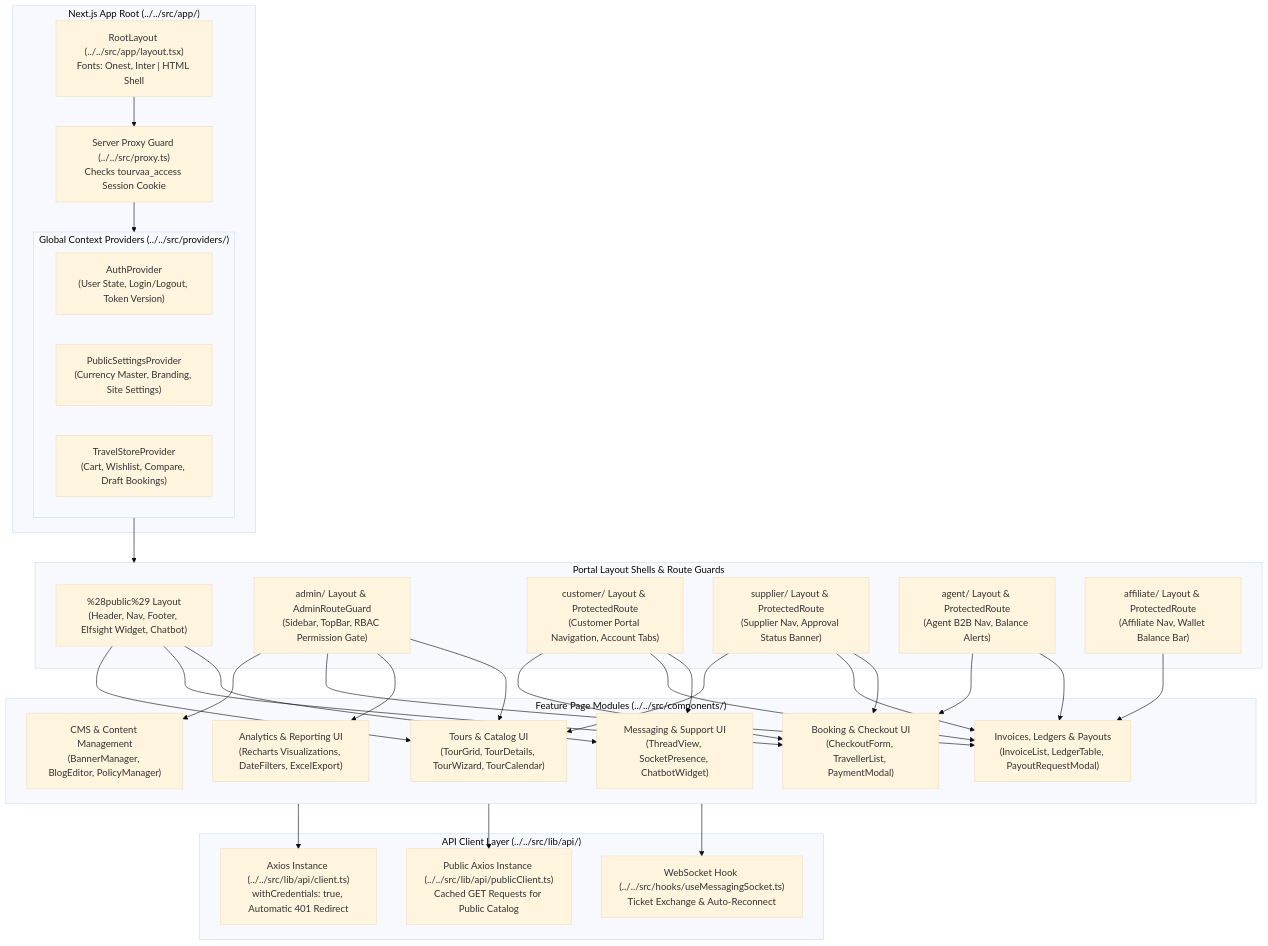
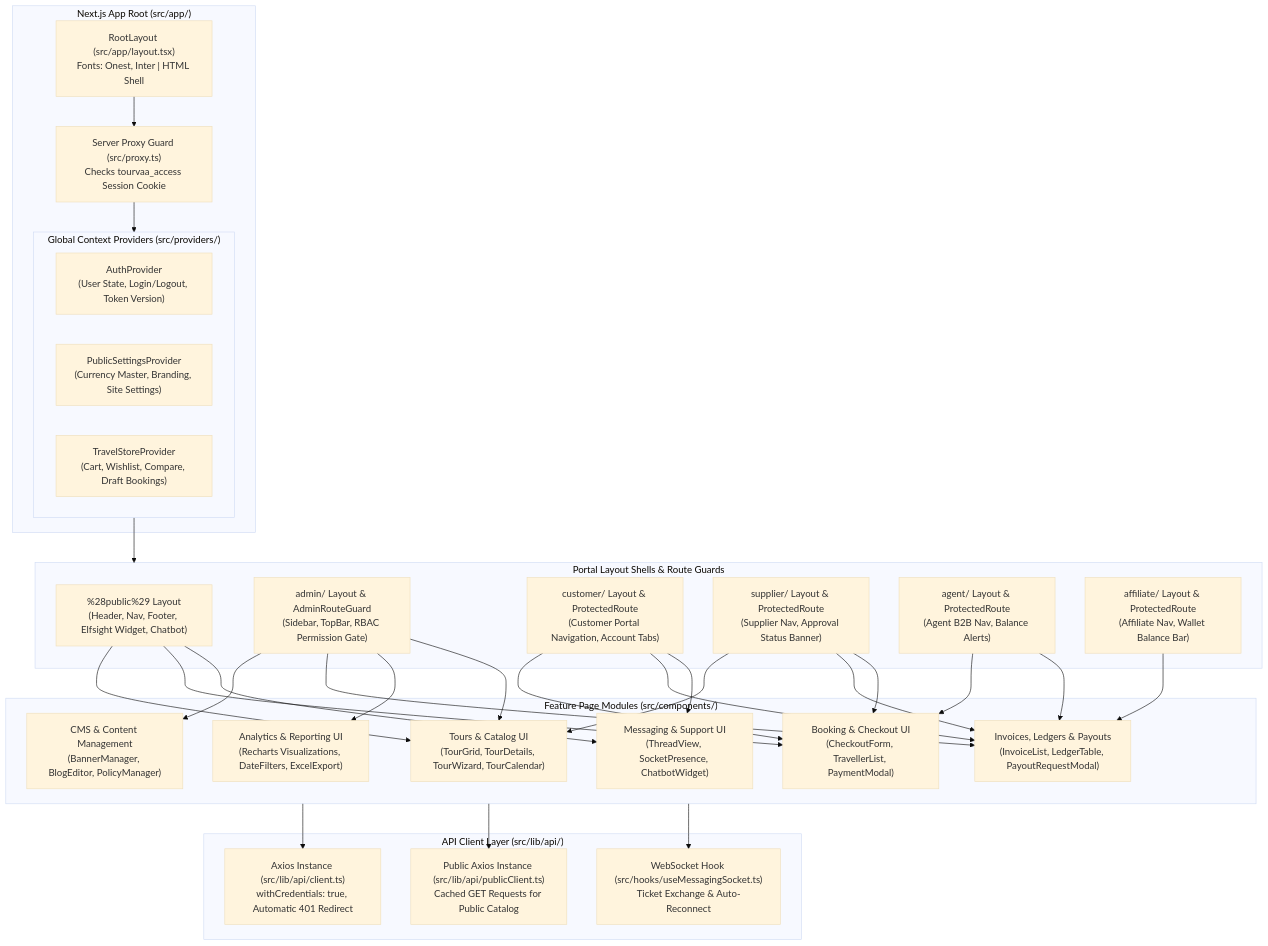
One commit to ayatiworkstechnologies/tourvaa_new_doc changed the third of 40 diagrams in final-deliverables/markdown/architecture-reference.md. Above: the diagram before and after it, drawn with Mermaid (base theme). The commit also changed other lines of this file and 18 other files, not shown here.

Commit message:
fix(diagrams): resolve mermaid syntax errors, add all 20 business flowcharts, and rebuild visual PDFs

````diff
--- a/final-deliverables/markdown/architecture-reference.md
+++ b/final-deliverables/markdown/architecture-reference.md
@@ -320,69 +360,69 @@
 ```mermaid
 graph TD
-    subgraph APP_ROOT["Next.js App Root (../../src/app/)"]
-        ROOT_LAYOUT["RootLayout (../../src/app/layout.tsx)<br/>Fonts: Onest, Inter | HTML Shell"]
-        PROXY["Server Proxy Guard (../../src/proxy.ts)<br/>Checks tourvaa_access Session Cookie"]
+    subgraph APP_ROOT["Next.js App Root (src/app/)"]
+        ROOT_LAYOUT["RootLayout (src/app/layout.tsx)<br/>Fonts: Onest, Inter | HTML Shell"]
+        PROXY["Server Proxy Guard (src/proxy.ts)<br/>Checks tourvaa_access Session Cookie"]
         
-        subgraph PROVIDERS["Global Context Providers (../../src/providers/)"]
+        subgraph PROVIDERS["Global Context Providers (src/providers/)"]
             AUTH_PROV["AuthProvider<br/>(User State, Login/Logout, Token Version)"]
             SETTINGS_PROV["PublicSettingsProvider<br/>(Currency Master, Branding, Site Settings)"]
             STORE_PROV["TravelStoreProvider<br/>(Cart, Wishlist, Compare, Draft Bookings)"]
         end
     end
 
     subgraph PORTAL_SHELLS["Portal Layout Shells & Route Guards"]
         PUBLIC_SHELL["%28public%29 Layout<br/>(Header, Nav, Footer, Elfsight Widget, Chatbot)"]
         ADMIN_SHELL["admin/ Layout & AdminRouteGuard<br/>(Sidebar, TopBar, RBAC Permission Gate)"]
         CUSTOMER_SHELL["customer/ Layout & ProtectedRoute<br/>(Customer Portal Navigation, Account Tabs)"]
         SUPPLIER_SHELL["supplier/ Layout & ProtectedRoute<br/>(Supplier Nav, Approval Status Banner)"]
         AGENT_SHELL["agent/ Layout & ProtectedRoute<br/>(Agent B2B Nav, Balance Alerts)"]
         AFFILIATE_SHELL["affiliate/ Layout & ProtectedRoute<br/>(Affiliate Nav, Wallet Balance Bar)"]
     end
 
-    subgraph PAGE_COMPONENTS["Feature Page Modules (../../src/components/)"]
+    subgraph PAGE_COMPONENTS["Feature Page Modules (src/components/)"]
         TOURS_UI["Tours & Catalog UI<br/>(TourGrid, TourDetails, TourWizard, TourCalendar)"]
         BOOKING_UI["Booking & Checkout UI<br/>(CheckoutForm, TravellerList, PaymentModal)"]
         CMS_UI["CMS & Content Management<br/>(BannerManager, BlogEditor, PolicyManager)"]
         FINANCE_UI["Invoices, Ledgers & Payouts<br/>(InvoiceList, LedgerTable, PayoutRequestModal)"]
         MESSAGING_UI["Messaging & Support UI<br/>(ThreadView, SocketPresence, ChatbotWidget)"]
         REPORTS_UI["Analytics & Reporting UI<br/>(Recharts Visualizations, DateFilters, ExcelExport)"]
     end
 
-    subgraph API_CLIENT["API Client Layer (../../src/lib/api/)"]
-        CLIENT_AXIOS["Axios Instance (../../src/lib/api/client.ts)<br/>withCredentials: true, Automatic 401 Redirect"]
-        PUBLIC_AXIOS["Public Axios Instance (../../src/lib/api/publicClient.ts)<br/>Cached GET Requests for Public Catalog"]
-        WS_CLIENT["WebSocket Hook (../../src/hooks/useMessagingSocket.ts)<br/>Ticket Exchange & Auto-Reconnect"]
+    subgraph API_CLIENT["API Client Layer (src/lib/api/)"]
+        CLIENT_AXIOS["Axios Instance (src/lib/api/client.ts)<br/>withCredentials: true, Automatic 401 Redirect"]
+        PUBLIC_AXIOS["Public Axios Instance (src/lib/api/publicClient.ts)<br/>Cached GET Requests for Public Catalog"]
+        WS_CLIENT["WebSocket Hook (src/hooks/useMessagingSocket.ts)<br/>Ticket Exchange & Auto-Reconnect"]
     end
 
     %% Hierarchy flows
     ROOT_LAYOUT --> PROXY
     PROXY --> PROVIDERS
     PROVIDERS --> PORTAL_SHELLS
     
     PUBLIC_SHELL --> TOURS_UI
     PUBLIC_SHELL --> BOOKING_UI
     PUBLIC_SHELL --> MESSAGING_UI
     
     ADMIN_SHELL --> CMS_UI
     ADMIN_SHELL --> FINANCE_UI
     ADMIN_SHELL --> REPORTS_UI
     ADMIN_SHELL --> TOURS_UI
     
     CUSTOMER_SHELL --> BOOKING_UI
     CUSTOMER_SHELL --> FINANCE_UI
     CUSTOMER_SHELL --> MESSAGING_UI
     
     SUPPLIER_SHELL --> TOURS_UI
     SUPPLIER_SHELL --> FINANCE_UI
     SUPPLIER_SHELL --> BOOKING_UI
     
     AGENT_SHELL --> BOOKING_UI
     AGENT_SHELL --> FINANCE_UI
     
     AFFILIATE_SHELL --> FINANCE_UI
 
     %% Client data bindings
     PAGE_COMPONENTS --> CLIENT_AXIOS
     PAGE_COMPONENTS --> PUBLIC_AXIOS
     PAGE_COMPONENTS --> WS_CLIENT
 ```
````
